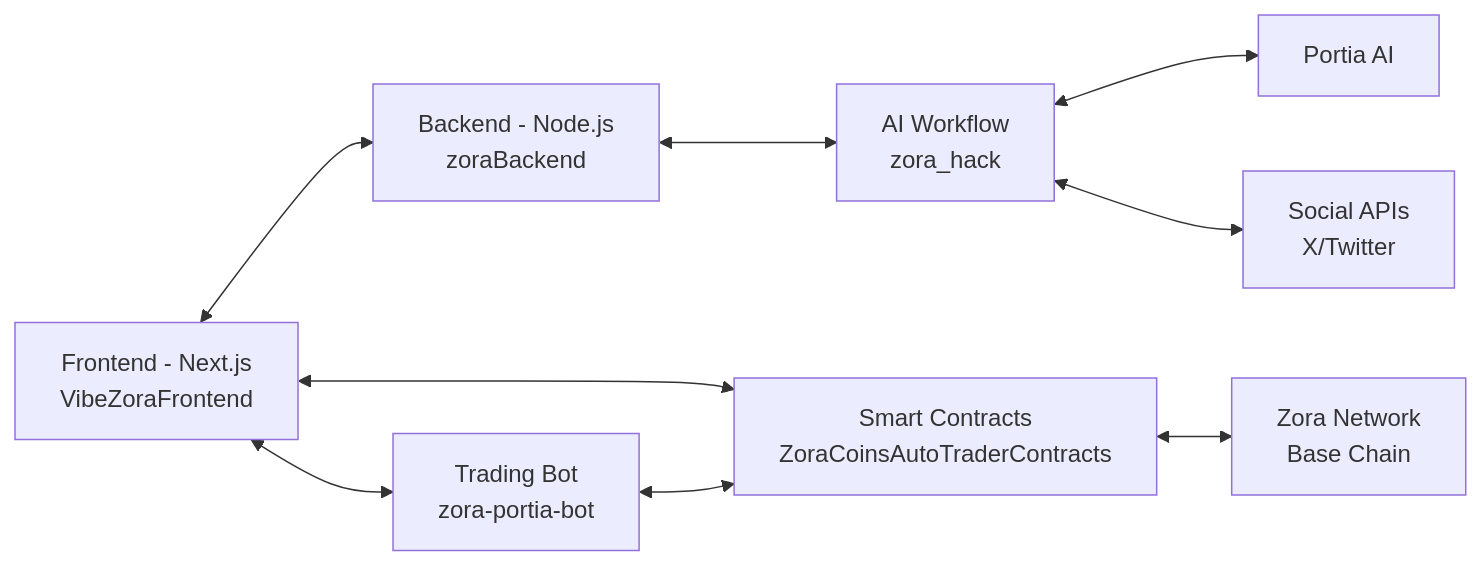
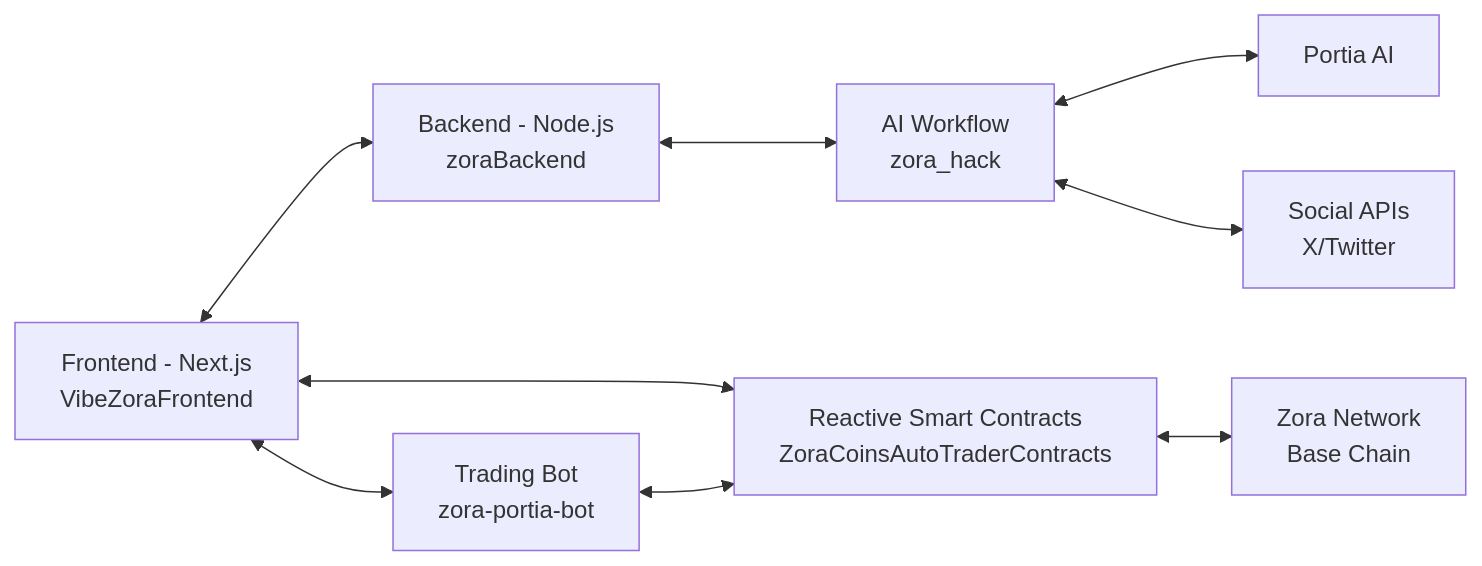
Before and after one commit to devanshkaria88/hackathon: the second of 5 diagrams in readme.md, drawn with Mermaid. The commit also changed other lines of this file, not shown here.

````diff
--- a/readme.md
+++ b/readme.md
@@ -48,11 +48,11 @@
 ```mermaid
 flowchart LR
     A[Frontend - Next.js\nVibeZoraFrontend] <--> B[Backend - Node.js\nzoraBackend]
     B <--> C[AI Workflow\nzora_hack]
     A <--> D[Trading Bot\nzora-portia-bot]
-    A <--> E[Smart Contracts\nZoraCoinsAutoTraderContracts]
+    A <--> E[Reactive Smart Contracts\nZoraCoinsAutoTraderContracts]
     D <--> E
     E <--> F[Zora Network\nBase Chain]
     C <--> G[Portia AI]
     C <--> H[Social APIs\nX/Twitter]
 ```
````
